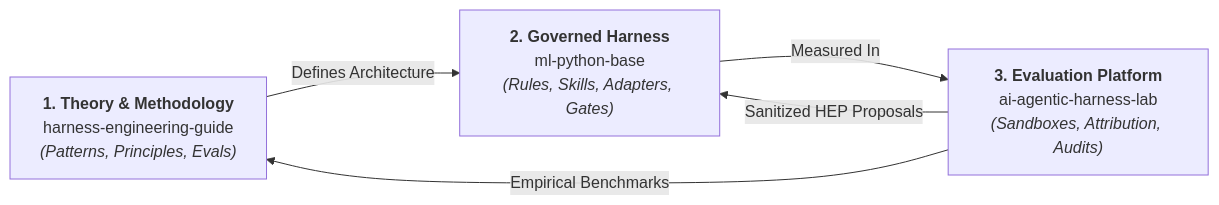
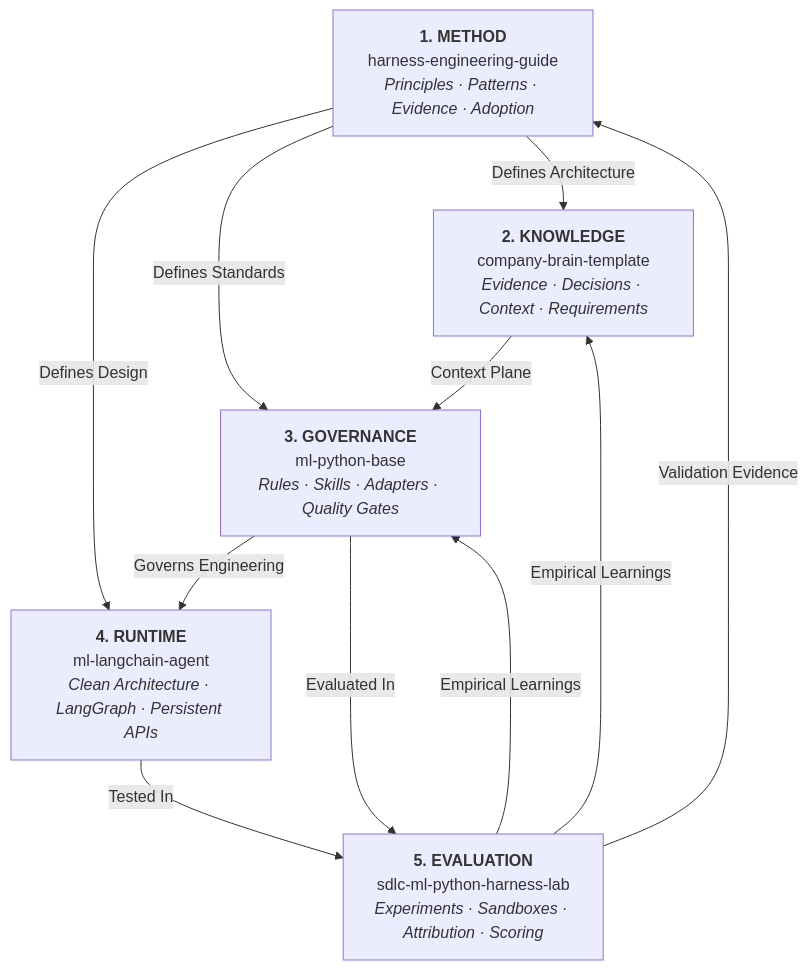
The diagram in docs/en/reference-implementation/index.md (marcosdh1987/harness-engineering-guide), drawn with Mermaid before and after one commit. The commit also changed other lines of this file and 120 other files, not shown here.

Commit message:
docs: expand documentation, implement prose style checks, and add new agentic patterns and concepts

````diff
--- a/docs/en/reference-implementation/index.md
+++ b/docs/en/reference-implementation/index.md
@@ -7,11 +5,19 @@
 ```mermaid
-flowchart LR
-    GUIDE["<b>1. Theory & Methodology</b><br/>harness-engineering-guide<br/><i>(Patterns, Principles, Evals)</i>"]
-    MPB["<b>2. Governed Harness</b><br/>ml-python-base<br/><i>(Rules, Skills, Adapters, Gates)</i>"]
-    LAB["<b>3. Evaluation Platform</b><br/>ai-agentic-harness-lab<br/><i>(Sandboxes, Attribution, Audits)</i>"]
+flowchart TD
+    GUIDE["<b>1. METHOD</b><br/>harness-engineering-guide<br/><i>Principles · Patterns · Evidence · Adoption</i>"]
+    BRAIN["<b>2. KNOWLEDGE</b><br/>company-brain-template<br/><i>Evidence · Decisions · Context · Requirements</i>"]
+    HARNESS["<b>3. GOVERNANCE</b><br/>ml-python-base<br/><i>Rules · Skills · Adapters · Quality Gates</i>"]
+    RUNTIME["<b>4. RUNTIME</b><br/>ml-langchain-agent<br/><i>Clean Architecture · LangGraph · Persistent APIs</i>"]
+    LAB["<b>5. EVALUATION</b><br/>sdlc-ml-python-harness-lab<br/><i>Experiments · Sandboxes · Attribution · Scoring</i>"]
 
-    GUIDE -->|"Defines Architecture"| MPB
-    MPB -->|"Measured In"| LAB
-    LAB -->|"Sanitized HEP Proposals"| MPB
-    LAB -->|"Empirical Benchmarks"| GUIDE
+    GUIDE -->|"Defines Architecture"| BRAIN
+    GUIDE -->|"Defines Standards"| HARNESS
+    GUIDE -->|"Defines Design"| RUNTIME
+    BRAIN -->|"Context Plane"| HARNESS
+    HARNESS -->|"Governs Engineering"| RUNTIME
+    RUNTIME -->|"Tested In"| LAB
+    HARNESS -->|"Evaluated In"| LAB
+    LAB -->|"Empirical Learnings"| HARNESS
+    LAB -->|"Empirical Learnings"| BRAIN
+    LAB -->|"Validation Evidence"| GUIDE
 ```
````
